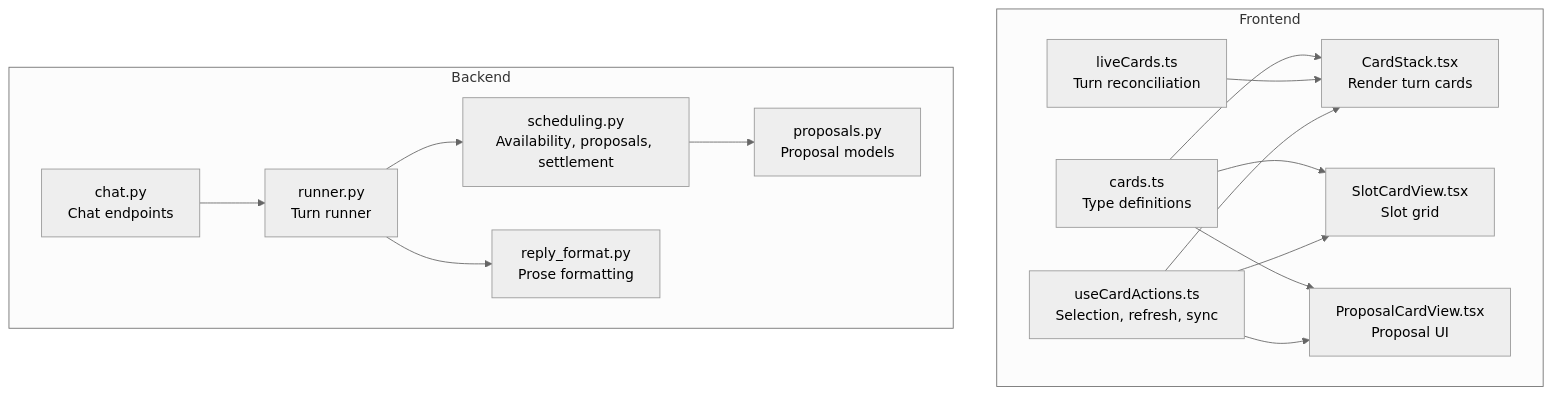
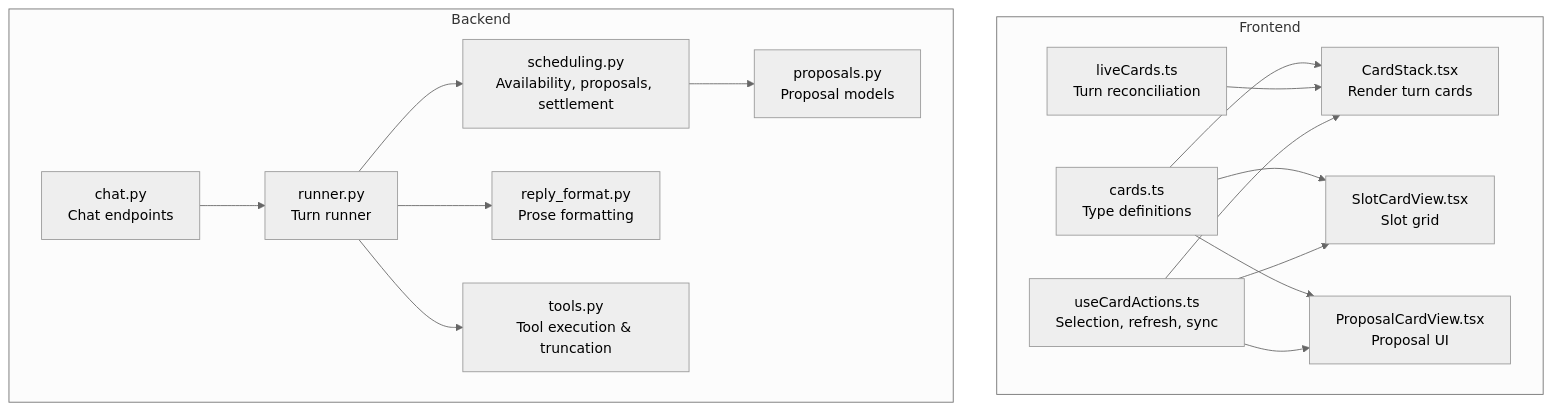
One commit to gokulkaarthicks/dental-chatbot changed the first of 11 diagrams in .qoder/repowiki/en/content/AI Agent System/Conversation Runner/Card Management System.md. Above: the diagram before and after it, drawn with Mermaid (neutral theme). The commit also changed other lines of this file and 280 other files, not shown here.

````diff
--- a/.qoder/repowiki/en/content/AI Agent System/Conversation Runner/Card Management System.md
+++ b/.qoder/repowiki/en/content/AI Agent System/Conversation Runner/Card Management System.md
@@ -42,29 +50,31 @@
 ```mermaid
 graph TB
 subgraph "Frontend"
 FC["cards.ts<br/>Type definitions"]
 FL["liveCards.ts<br/>Turn reconciliation"]
 CS["CardStack.tsx<br/>Render turn cards"]
 SV["SlotCardView.tsx<br/>Slot grid"]
 PV["ProposalCardView.tsx<br/>Proposal UI"]
 UA["useCardActions.ts<br/>Selection, refresh, sync"]
 end
 subgraph "Backend"
 AP["chat.py<br/>Chat endpoints"]
 RU["runner.py<br/>Turn runner"]
 RF["reply_format.py<br/>Prose formatting"]
 SC["scheduling.py<br/>Availability, proposals, settlement"]
+TL["tools.py<br/>Tool execution & truncation"]
 PR["proposals.py<br/>Proposal models"]
 end
 FC --> CS
 FC --> SV
 FC --> PV
 FL --> CS
 UA --> CS
 UA --> SV
 UA --> PV
 AP --> RU
 RU --> SC
 RU --> RF
+RU --> TL
 SC --> PR
 ```
````
